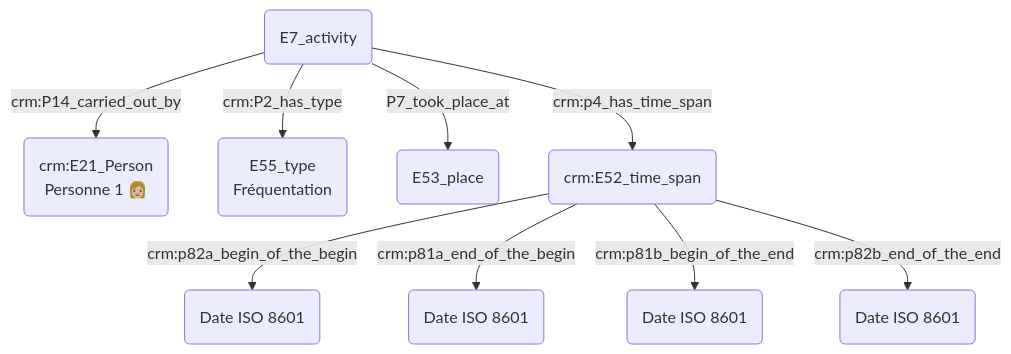
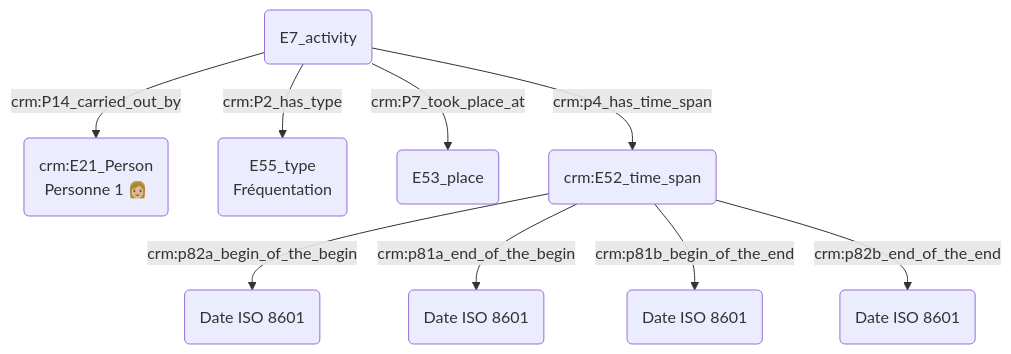
The first of 3 diagrams in modules/prosopographie/index.md (Amleth/consortium-musica2-gt2-ontologies), drawn with Mermaid before and after one commit. The commit also changed other lines of this file, not shown here.

````diff
--- a/modules/prosopographie/index.md
+++ b/modules/prosopographie/index.md
@@ -4,14 +4,14 @@
 ```mermaid
 graph TD;
 
 B(E7_activity) -->|crm:P14_carried_out_by| A("crm:E21_Person<br>Personne 1 👩🏼")
 B(E7_activity) -->|crm:P2_has_type| C(E55_type<br>Fréquentation)
 
-B(E7_activity) -->|P7_took_place_at| I(E53_place)
+B(E7_activity) -->|crm:P7_took_place_at| I(E53_place)
 
 B(E7_activity) --> |crm:p4_has_time_span| D(crm:E52_time_span)
 D(crm:E52_time_span) --> |crm:p82a_begin_of_the_begin| E("Date ISO 8601")
 D(crm:E52_time_span) --> |crm:p81a_end_of_the_begin| F("Date ISO 8601")
 D(crm:E52_time_span) --> |crm:p81b_begin_of_the_end|G("Date ISO 8601")
 D(crm:E52_time_span) --> |crm:p82b_end_of_the_end| H("Date ISO 8601")
 ```
````
